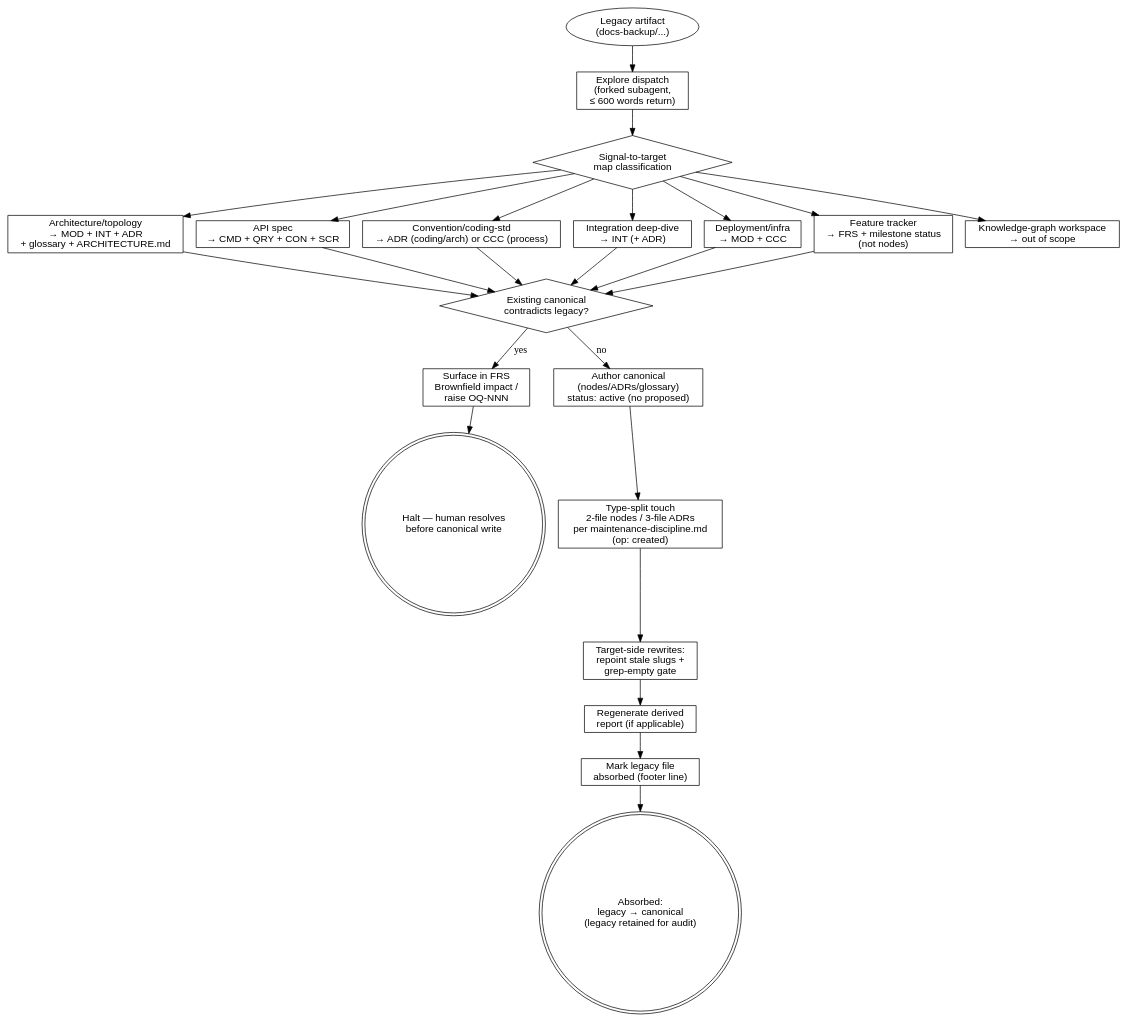
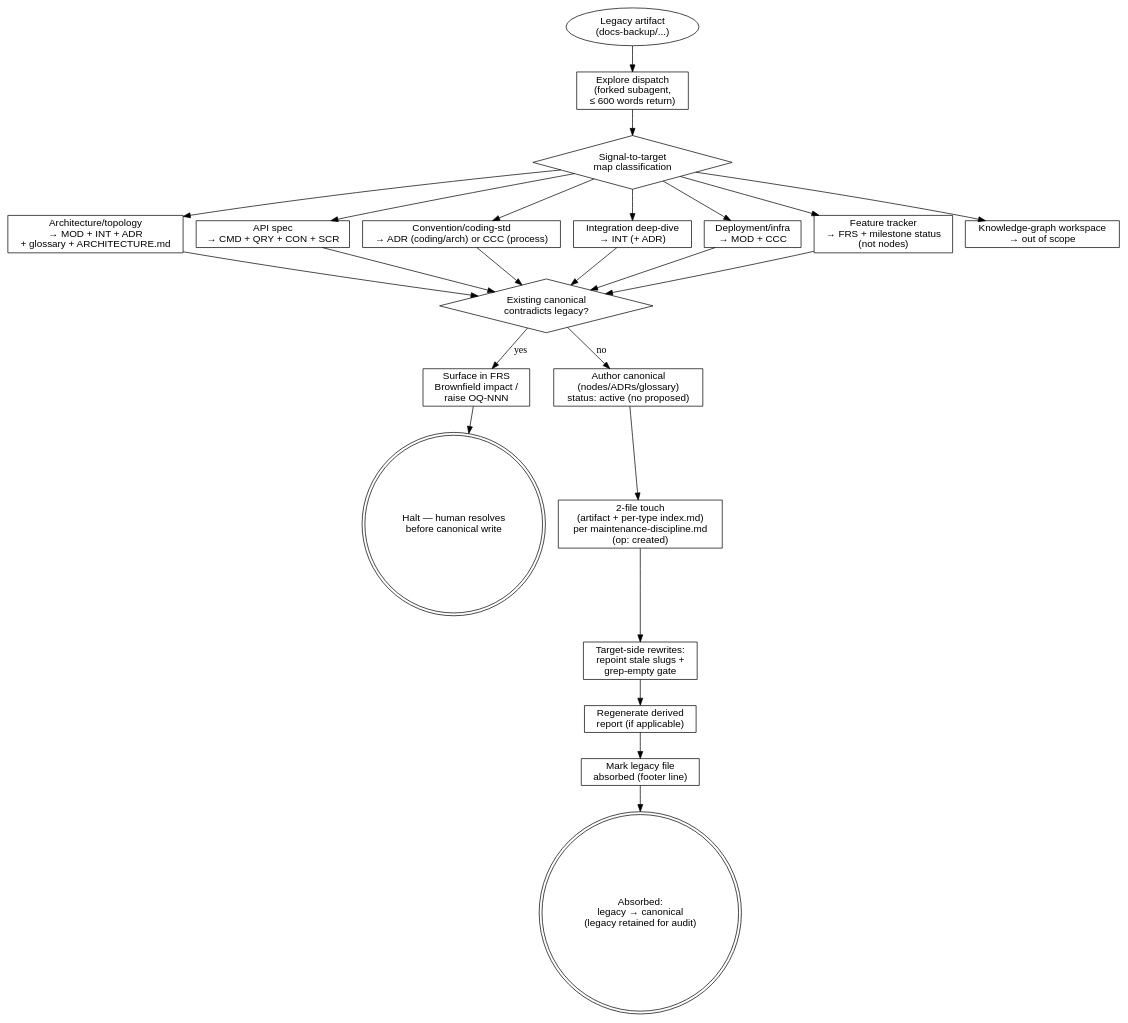
Before and after one commit to thapaliyabikendra/agentic-dev-workspace: the diagram in sdlc/workflow/legacy-absorption.md, drawn with Graphviz. The commit also changed other lines of this file and 37 other files, not shown here.

````diff
--- a/sdlc/workflow/legacy-absorption.md
+++ b/sdlc/workflow/legacy-absorption.md
@@ -48,54 +48,54 @@
 ```dot
 digraph legacy_absorption {
     rankdir=TB;
     node [fontname="Helvetica"];
 
     legacy   [shape=oval,    label="Legacy artifact\n(docs-backup/...)"];
     forked   [shape=box,     label="Explore dispatch\n(forked subagent,\n≤ 600 words return)"];
     classify [shape=diamond, label="Signal-to-target\nmap classification"];
 
     arch     [shape=box,     label="Architecture/topology\n→ MOD + INT + ADR\n+ glossary + ARCHITECTURE.md"];
     api      [shape=box,     label="API spec\n→ CMD + QRY + CON + SCR"];
     convn    [shape=box,     label="Convention/coding-std\n→ ADR (coding/arch) or CCC (process)"];
     integ    [shape=box,     label="Integration deep-dive\n→ INT (+ ADR)"];
     infra    [shape=box,     label="Deployment/infra\n→ MOD + CCC"];
     track    [shape=box,     label="Feature tracker\n→ FRS + milestone status\n(not nodes)"];
     none     [shape=box,     label="Knowledge-graph workspace\n→ out of scope"];
 
     conflict [shape=diamond, label="Existing canonical\ncontradicts legacy?"];
     surface  [shape=box,     label="Surface in FRS\nBrownfield impact /\nraise OQ-NNN"];
     halt     [shape=doublecircle, label="Halt — human resolves\nbefore canonical write"];
 
     authcan  [shape=box,     label="Author canonical\n(nodes/ADRs/glossary)\nstatus: active (no proposed)"];
-    touch    [shape=box,     label="Type-split touch\n2-file nodes / 3-file ADRs\nper maintenance-discipline.md\n(op: created)"];
+    touch    [shape=box,     label="2-file touch\n(artifact + per-type index.md)\nper maintenance-discipline.md\n(op: created)"];
     rewrite  [shape=box,     label="Target-side rewrites:\nrepoint stale slugs +\ngrep-empty gate"];
     deriv    [shape=box,     label="Regenerate derived\nreport (if applicable)"];
     foot     [shape=box,     label="Mark legacy file\nabsorbed (footer line)"];
 
     done     [shape=doublecircle, label="Absorbed:\nlegacy → canonical\n(legacy retained for audit)"];
 
     legacy   -> forked;
     forked   -> classify;
     classify -> arch;
     classify -> api;
     classify -> convn;
     classify -> integ;
     classify -> infra;
     classify -> track;
     classify -> none;
     arch     -> conflict;
     api      -> conflict;
     convn    -> conflict;
     integ    -> conflict;
     infra    -> conflict;
     track    -> conflict;
     conflict -> surface  [label="yes"];
     conflict -> authcan  [label="no"];
     surface  -> halt;
     authcan  -> touch;
     touch    -> rewrite;
     rewrite  -> deriv;
     deriv    -> foot;
     foot     -> done;
 }
 ```
````
